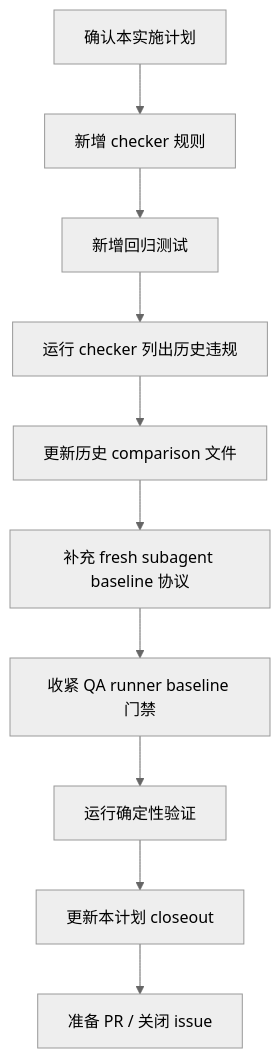
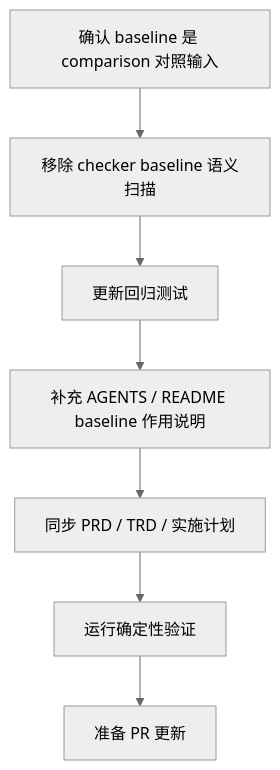
One commit to Neplich/dev-agent-skills changed the diagram in docs/engineer/eval-baseline-evidence-contract/IMPLEMENTATION_PLAN.md. Above: the diagram before and after it, drawn with Mermaid (neutral theme). The commit also changed other lines of this file and 14 other files, not shown here.

````diff
--- a/docs/engineer/eval-baseline-evidence-contract/IMPLEMENTATION_PLAN.md
+++ b/docs/engineer/eval-baseline-evidence-contract/IMPLEMENTATION_PLAN.md
@@ -93,12 +95,9 @@
 ```mermaid
 flowchart TD
-    A["确认本实施计划"] --> B["新增 checker 规则"]
-    B --> C["新增回归测试"]
-    C --> D["运行 checker 列出历史违规"]
-    D --> E["更新历史 comparison 文件"]
-    E --> F["补充 fresh subagent baseline 协议"]
-    F --> G["收紧 QA runner baseline 门禁"]
-    G --> H["运行确定性验证"]
-    H --> I["更新本计划 closeout"]
-    I --> J["准备 PR / 关闭 issue"]
+    A["确认 baseline 是 comparison 对照输入"] --> B["移除 checker baseline 语义扫描"]
+    B --> C["更新回归测试"]
+    C --> D["补充 AGENTS / README baseline 作用说明"]
+    D --> E["同步 PRD / TRD / 实施计划"]
+    E --> F["运行确定性验证"]
+    F --> G["准备 PR 更新"]
 ```
````
